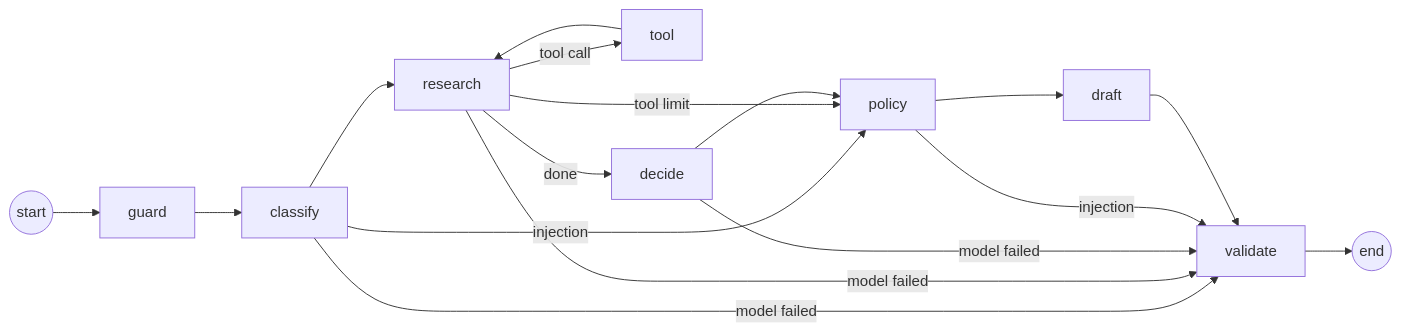
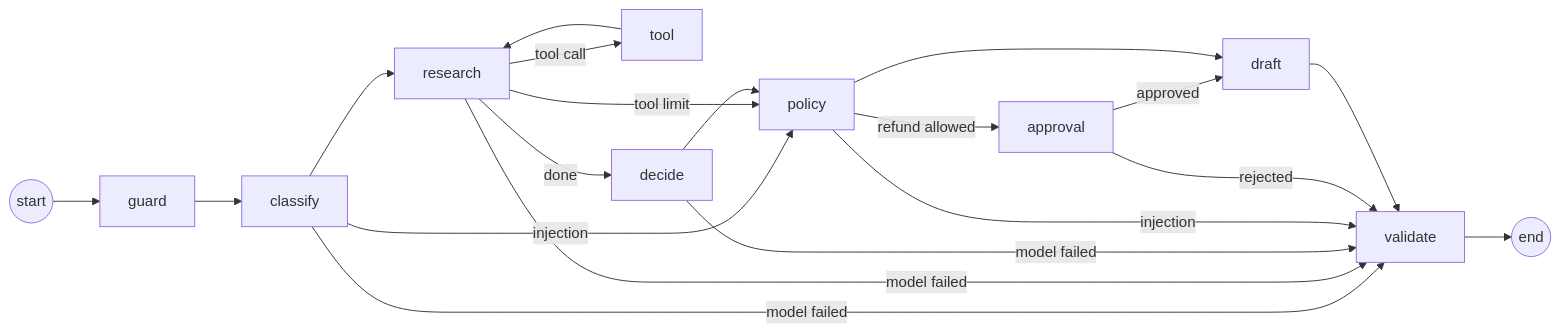
One commit to hovorun-art/bulls-media-test-task changed the second of 2 diagrams in README.md. Above: the diagram before and after it, drawn with Mermaid. The commit also changed other lines of this file and 1 other file, not shown here.

First line of the commit message:
docs(readme): background runs, refund approval, deadline and Gemini; key on the command line

````diff
--- a/README.md
+++ b/README.md
@@ -89,15 +95,18 @@
 ```mermaid
 flowchart LR
   S((start)) --> G[guard] --> C[classify]
   C -- "injection" --> P
   C -- "model failed" --> V
   C --> R[research]
   R -- "tool call" --> T[tool] --> R
   R -- "done" --> D[decide]
   R -- "tool limit" --> P
   R -- "model failed" --> V
   D --> P[policy]
   D -- "model failed" --> V
   P -- "injection" --> V
+  P -- "refund allowed" --> A[approval]
+  A -- "approved" --> DR
+  A -- "rejected" --> V
   P --> DR[draft] --> V[validate] --> E((end))
 ```
````
